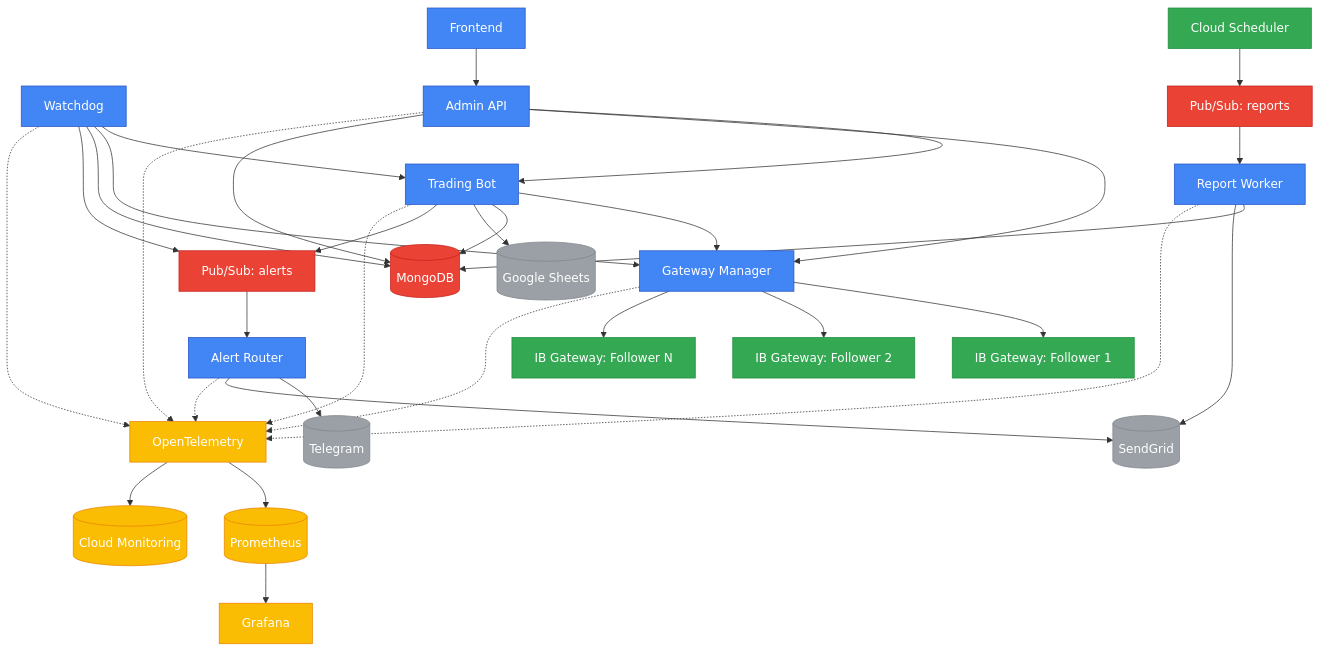
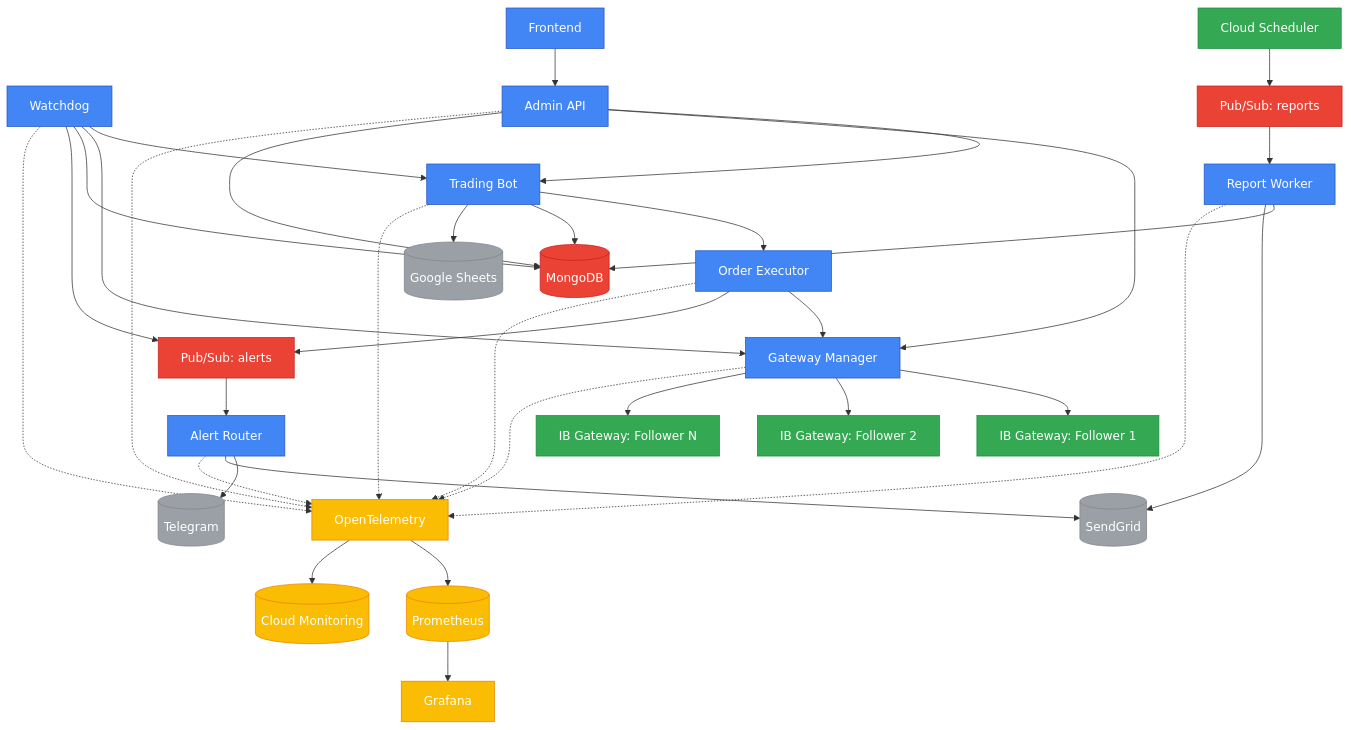
Before and after one commit to AIgen-Solutions-s-r-l/SpreadPilot: the diagram in docs/images/system-architecture.mmd, drawn with Mermaid. The commit also changed 2 other files, not shown here.

Commit message:
docs: update all documentation for limit-ladder executor
- Add Order Executor to system architecture and components
- Update data flow diagrams to include order execution pipeline
- Create comprehensive order-execution.md documentation
- Update Mermaid diagram with Order Executor component
- Document limit-ladder algorithm, margin checks, and API responses
- Include usage examples, configuration, and troubleshooting guides

```diff
--- a/docs/images/system-architecture.mmd
+++ b/docs/images/system-architecture.mmd
@@ -1,57 +1,59 @@
 graph TD
     %% Core Services
-    TradingBot[Trading Bot] --> GatewayManager[Gateway Manager]
+    TradingBot[Trading Bot] --> OrderExecutor[Order Executor]
+    OrderExecutor --> GatewayManager[Gateway Manager]
     GatewayManager --> IBGateway1[IB Gateway: Follower 1]
     GatewayManager --> IBGateway2[IB Gateway: Follower 2]
     GatewayManager --> IBGatewayN[IB Gateway: Follower N]
     TradingBot --> MongoDB[(MongoDB)]
     TradingBot --> GoogleSheets[(Google Sheets)]
-    TradingBot --> PubSubAlerts[Pub/Sub: alerts]
+    OrderExecutor --> PubSubAlerts[Pub/Sub: alerts]
     
     Watchdog[Watchdog] --> TradingBot
     Watchdog --> GatewayManager
     Watchdog --> MongoDB
     Watchdog --> PubSubAlerts
     
     AdminAPI[Admin API] --> TradingBot
     AdminAPI --> GatewayManager
     AdminAPI --> MongoDB
     
     ReportWorker[Report Worker] --> MongoDB
     ReportWorker --> SendGrid[(SendGrid)]
     PubSubReports[Pub/Sub: reports] --> ReportWorker
     
     AlertRouter[Alert Router] --> Telegram[(Telegram)]
     AlertRouter --> SendGrid
     PubSubAlerts --> AlertRouter
     
     Frontend[Frontend] --> AdminAPI
     
     %% Infrastructure
     CloudScheduler[Cloud Scheduler] --> PubSubReports
     
     %% Observability
     OTel[OpenTelemetry] --> Prometheus[(Prometheus)]
     OTel --> CloudMonitoring[(Cloud Monitoring)]
     Prometheus --> Grafana[Grafana]
     
     %% Service connections to observability
     TradingBot -.-> OTel
+    OrderExecutor -.-> OTel
     GatewayManager -.-> OTel
     Watchdog -.-> OTel
     AdminAPI -.-> OTel
     ReportWorker -.-> OTel
     AlertRouter -.-> OTel
     
     %% Styling
     classDef coreService fill:#4285F4,stroke:#2A56C6,color:white
     classDef infrastructure fill:#34A853,stroke:#1E8E3E,color:white
     classDef observability fill:#FBBC04,stroke:#EA8600,color:white
     classDef database fill:#EA4335,stroke:#C5221F,color:white
     classDef external fill:#9AA0A6,stroke:#80868B,color:white
     
-    class TradingBot,Watchdog,AdminAPI,ReportWorker,AlertRouter,Frontend,GatewayManager coreService
+    class TradingBot,Watchdog,AdminAPI,ReportWorker,AlertRouter,Frontend,GatewayManager,OrderExecutor coreService
     class IBGateway1,IBGateway2,IBGatewayN,CloudScheduler infrastructure
     class OTel,Prometheus,Grafana,CloudMonitoring observability
     class MongoDB,PubSubAlerts,PubSubReports database
     class GoogleSheets,SendGrid,Telegram external
```
